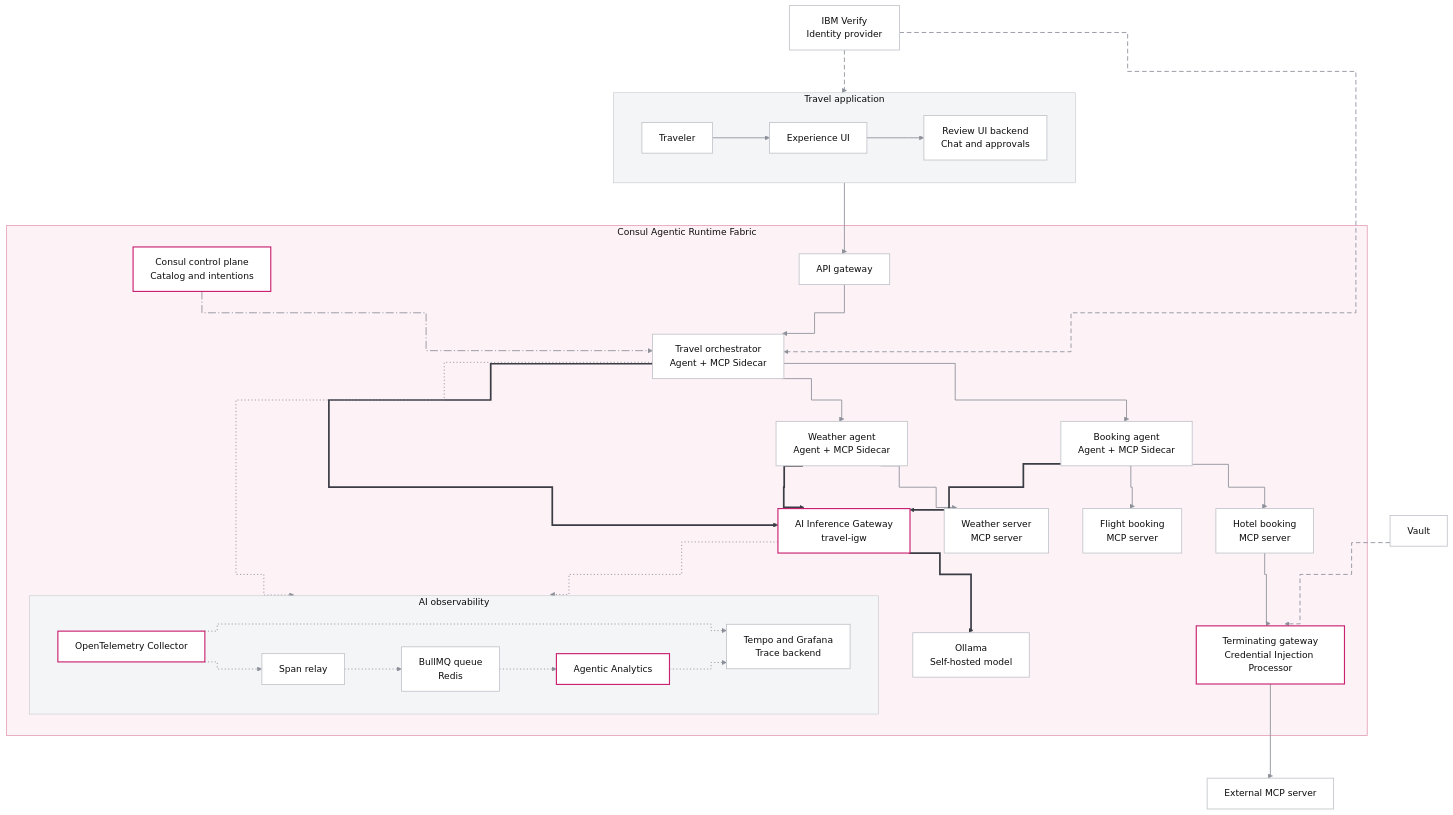
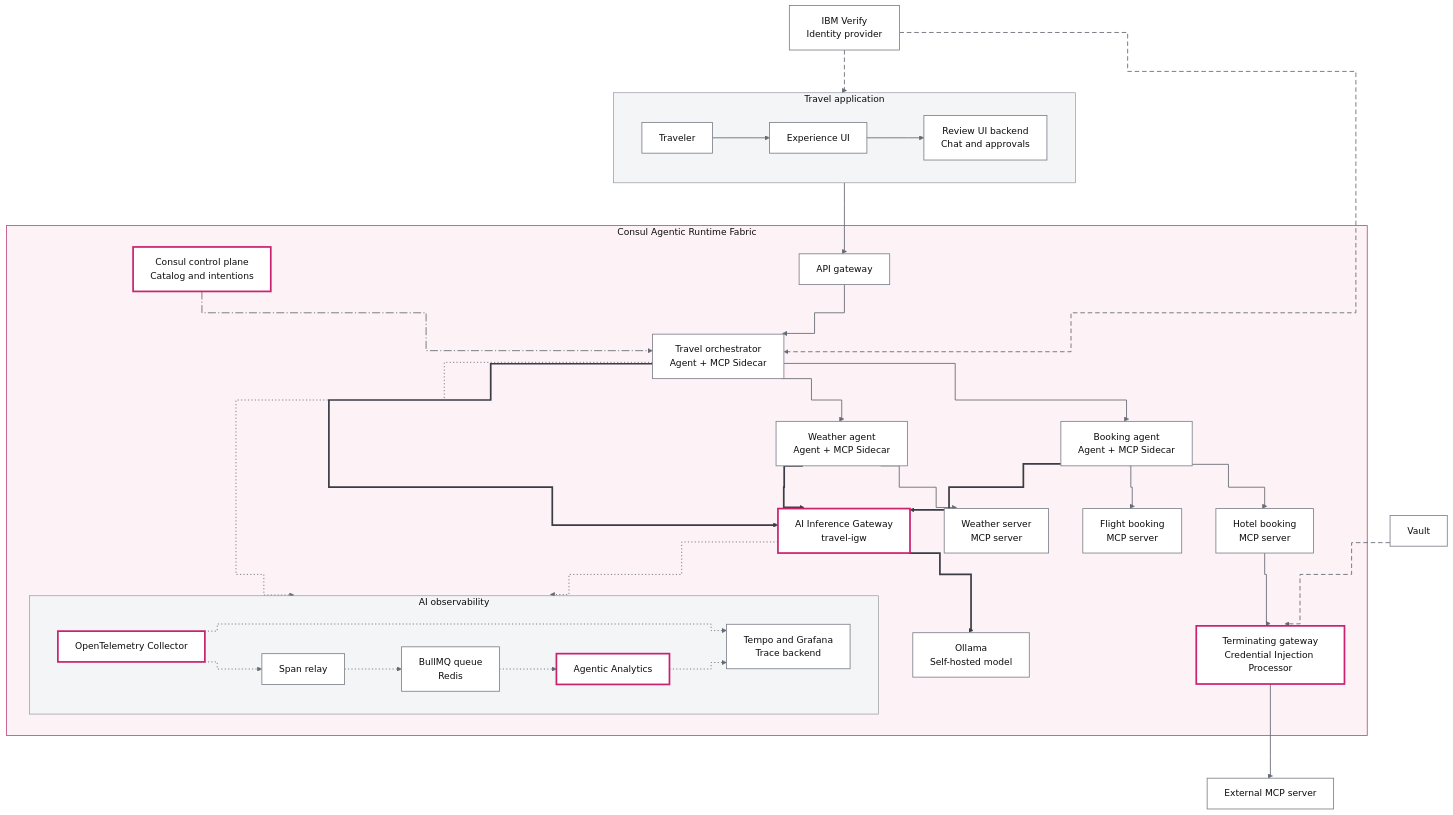
Before and after one commit to hashicorp/web-unified-docs: the diagram in content/consul/v2.1.x/diagram-sources/travel-booking-architecture_light.mmd, drawn with Mermaid. The commit also changed 34 other files, not shown here.

First line of the commit message:
Raise diagram contrast and add a non-color cue for ARF components

```diff
--- a/content/consul/v2.1.x/diagram-sources/travel-booking-architecture_light.mmd
+++ b/content/consul/v2.1.x/diagram-sources/travel-booking-architecture_light.mmd
@@ -1,77 +1,77 @@
-%%{init: {"theme":"base","fontFamily":"Helvetica, Arial, sans-serif","flowchart":{"curve":"step","nodeSpacing":60,"rankSpacing":75,"htmlLabels":true},"themeVariables":{"fontFamily":"Helvetica, Arial, sans-serif","fontSize":"16px","background":"#ffffff","primaryColor":"#ffffff","primaryBorderColor":"#c2c5cb","primaryTextColor":"#0c0c0e","lineColor":"#8c9099","clusterBkg":"#f4f5f7","clusterBorder":"#c2c5cb","titleColor":"#0c0c0e","edgeLabelBackground":"#ffffff","actorBkg":"#ffffff","actorBorder":"#ca2171","actorTextColor":"#0c0c0e","actorLineColor":"#c2c5cb","signalColor":"#8c9099","signalTextColor":"#0c0c0e","noteBkgColor":"#f4f5f7","noteBorderColor":"#c2c5cb","noteTextColor":"#0c0c0e","activationBkgColor":"#fdf2f6","activationBorderColor":"#e5a3bd","sequenceNumberColor":"#ffffff"},"sequence":{"mirrorActors":false,"width":220,"actorMargin":50,"messageMargin":50,"boxMargin":10,"noteMargin":12,"wrap":true}}}%%
+%%{init: {"theme":"base","fontFamily":"Helvetica, Arial, sans-serif","flowchart":{"curve":"step","nodeSpacing":60,"rankSpacing":75,"htmlLabels":true},"themeVariables":{"fontFamily":"Helvetica, Arial, sans-serif","fontSize":"16px","background":"#ffffff","primaryColor":"#ffffff","primaryBorderColor":"#80848d","primaryTextColor":"#0c0c0e","lineColor":"#656a73","clusterBkg":"#f4f5f7","clusterBorder":"#80848d","titleColor":"#0c0c0e","edgeLabelBackground":"#ffffff","actorBkg":"#ffffff","actorBorder":"#ca2171","actorTextColor":"#0c0c0e","actorLineColor":"#80848d","signalColor":"#656a73","signalTextColor":"#0c0c0e","noteBkgColor":"#f4f5f7","noteBorderColor":"#80848d","noteTextColor":"#0c0c0e","activationBkgColor":"#fdf2f6","activationBorderColor":"#c1527f","sequenceNumberColor":"#ffffff"},"sequence":{"mirrorActors":false,"width":220,"actorMargin":50,"messageMargin":50,"boxMargin":10,"noteMargin":12,"wrap":true}}}%%
 flowchart TB
   subgraph app["Travel application"]
     direction LR
     traveler["Traveler"]
     ui["Experience UI"]
     review["Review UI backend<br/>Chat and approvals"]
   end
   idp["IBM Verify<br/>Identity provider"]
 
   subgraph arf["Consul Agentic Runtime Fabric"]
     cp["Consul control plane<br/>Catalog and intentions"]
     apigw["API gateway"]
     orch["Travel orchestrator<br/>Agent + MCP Sidecar"]
     igw["AI Inference Gateway<br/>travel-igw"]
     weather["Weather agent<br/>Agent + MCP Sidecar"]
     booking["Booking agent<br/>Agent + MCP Sidecar"]
     model["Ollama<br/>Self-hosted model"]
     wserver["Weather server<br/>MCP server"]
     flight["Flight booking<br/>MCP server"]
     hotel["Hotel booking<br/>MCP server"]
     tgw["Terminating gateway<br/>Credential Injection Processor"]
     subgraph obs["AI observability"]
       direction LR
       otel["OpenTelemetry Collector"]
       relay["Span relay"]
       queue["BullMQ queue<br/>Redis"]
       analytics["Agentic Analytics"]
       tempo["Tempo and Grafana<br/>Trace backend"]
     end
   end
   vault["Vault"]
   extmcp["External MCP server"]
 
   %% Requests and invocations: links 0 to 10
   traveler --> ui
   ui --> review
   review --> apigw
   apigw --> orch
   orch --> booking
   orch --> weather
   booking --> hotel
   booking --> flight
   weather --> wserver
   hotel --> tgw
   tgw --> extmcp
   %% Model access: links 11 to 14
   orch ==> igw
   booking ==> igw
   weather ==> igw
   igw ==> model
   %% Identity and credentials: links 15 to 17
   idp -.-> review
   idp -.-> orch
   vault -.-> tgw
   %% Discovery and policy: link 18
   cp -.-> orch
   %% Telemetry and trace access: links 19 to 25
   igw -.-> obs
   orch -.-> obs
   otel -.-> relay
   relay -.-> queue
   queue -.-> analytics
   otel -.-> tempo
   analytics -.-> tempo
 
-  classDef default fill:#ffffff,stroke:#c2c5cb,stroke-width:1.5px,color:#0c0c0e
-  classDef arfc fill:#ffffff,stroke:#ca2171,stroke-width:2px,color:#0c0c0e
+  classDef default fill:#ffffff,stroke:#80848d,stroke-width:1.5px,color:#0c0c0e
+  classDef arfc fill:#ffffff,stroke:#ca2171,stroke-width:3px,color:#0c0c0e
   class igw,tgw,cp,analytics,otel arfc
-  style arf fill:#fdf2f6,stroke:#e5a3bd,stroke-width:1.5px,color:#0c0c0e
-  style app fill:#f4f5f7,stroke:#c2c5cb,stroke-width:1px,color:#0c0c0e
-  style obs fill:#f4f5f7,stroke:#c2c5cb,stroke-width:1px,color:#0c0c0e
-  linkStyle 0,1,2,3,4,5,6,7,8,9,10 stroke:#8c9099,stroke-width:1.5px
+  style arf fill:#fdf2f6,stroke:#c1527f,stroke-width:1.5px,color:#0c0c0e
+  style app fill:#f4f5f7,stroke:#80848d,stroke-width:1px,color:#0c0c0e
+  style obs fill:#f4f5f7,stroke:#80848d,stroke-width:1px,color:#0c0c0e
+  linkStyle 0,1,2,3,4,5,6,7,8,9,10 stroke:#656a73,stroke-width:1.5px
   linkStyle 11,12,13,14 stroke:#3b3d45,stroke-width:3px
-  linkStyle 15,16,17 stroke:#8c9099,stroke-width:1.5px,stroke-dasharray:8 5
-  linkStyle 18 stroke:#8c9099,stroke-width:1.5px,stroke-dasharray:14 4 2 4
-  linkStyle 19,20,21,22,23,24,25 stroke:#8c9099,stroke-width:1.5px,stroke-dasharray:2 4
+  linkStyle 15,16,17 stroke:#656a73,stroke-width:1.5px,stroke-dasharray:8 5
+  linkStyle 18 stroke:#656a73,stroke-width:1.5px,stroke-dasharray:14 4 2 4
+  linkStyle 19,20,21,22,23,24,25 stroke:#656a73,stroke-width:1.5px,stroke-dasharray:2 4
```
